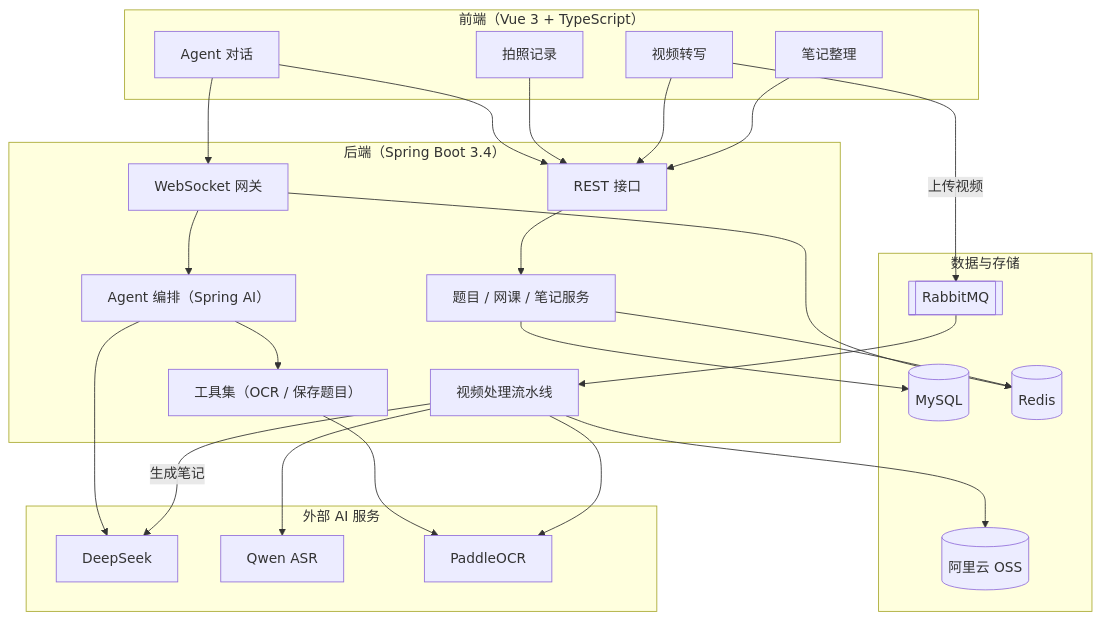
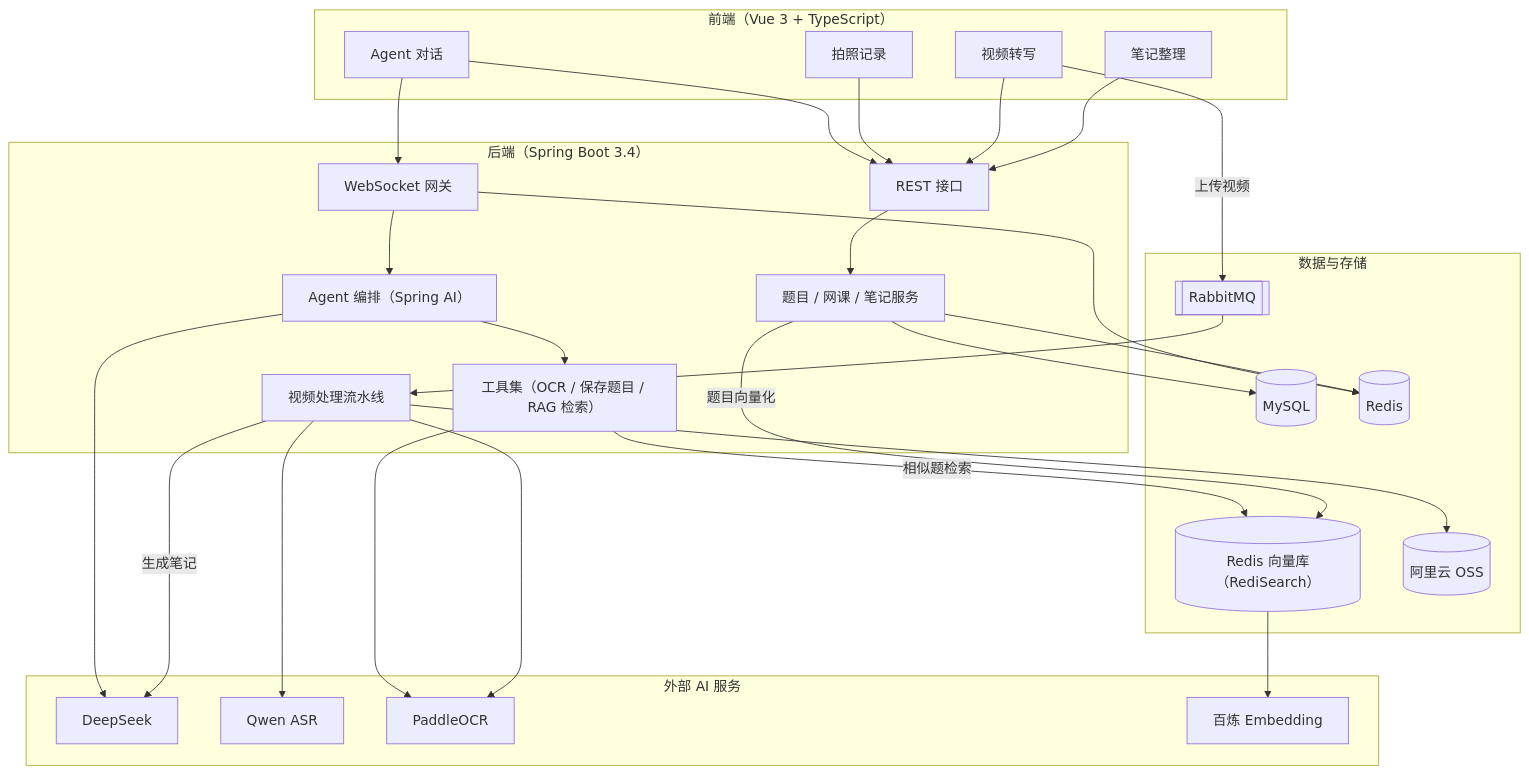
One commit to ExtremeNina/LearnTrace-Agent changed the diagram in README.md. Above: the diagram before and after it, drawn with Mermaid. The commit also changed other lines of this file, not shown here.

Commit message:
docs: README 补充相似题 RAG 检索能力与会话治理，架构图加入向量库

````diff
--- a/README.md
+++ b/README.md
@@ -55,51 +62,56 @@
 ```mermaid
 flowchart TB
     subgraph web["前端（Vue 3 + TypeScript）"]
         agentUI["Agent 对话"]
         questionUI["拍照记录"]
         courseUI["视频转写"]
         noteUI["笔记整理"]
     end
 
     subgraph server["后端（Spring Boot 3.4）"]
         ws["WebSocket 网关"]
         rest["REST 接口"]
         orchestrator["Agent 编排（Spring AI）"]
-        tools["工具集（OCR / 保存题目）"]
+        tools["工具集（OCR / 保存题目 / RAG 检索）"]
         pipeline["视频处理流水线"]
         services["题目 / 网课 / 笔记服务"]
     end
 
     subgraph storage["数据与存储"]
         mysql[("MySQL")]
         redis[("Redis")]
+        vstore[("Redis 向量库（RediSearch）")]
         mq[["RabbitMQ"]]
         oss[("阿里云 OSS")]
     end
 
     subgraph ai["外部 AI 服务"]
         llm["DeepSeek"]
         asr["Qwen ASR"]
         ocr["PaddleOCR"]
+        emb["百炼 Embedding"]
     end
 
     agentUI --> ws
     agentUI --> rest
     questionUI --> rest
     courseUI --> rest
     noteUI --> rest
     courseUI -- 上传视频 --> mq
     ws --> orchestrator
     orchestrator --> llm
     orchestrator --> tools
     tools --> ocr
+    tools -- 相似题检索 --> vstore
+    vstore --> emb
     ws --> redis
     rest --> services
     services --> mysql
     services --> redis
+    services -- 题目向量化 --> vstore
     mq --> pipeline
     pipeline --> asr
     pipeline --> ocr
     pipeline -- 生成笔记 --> llm
     pipeline --> oss
 ```
````
